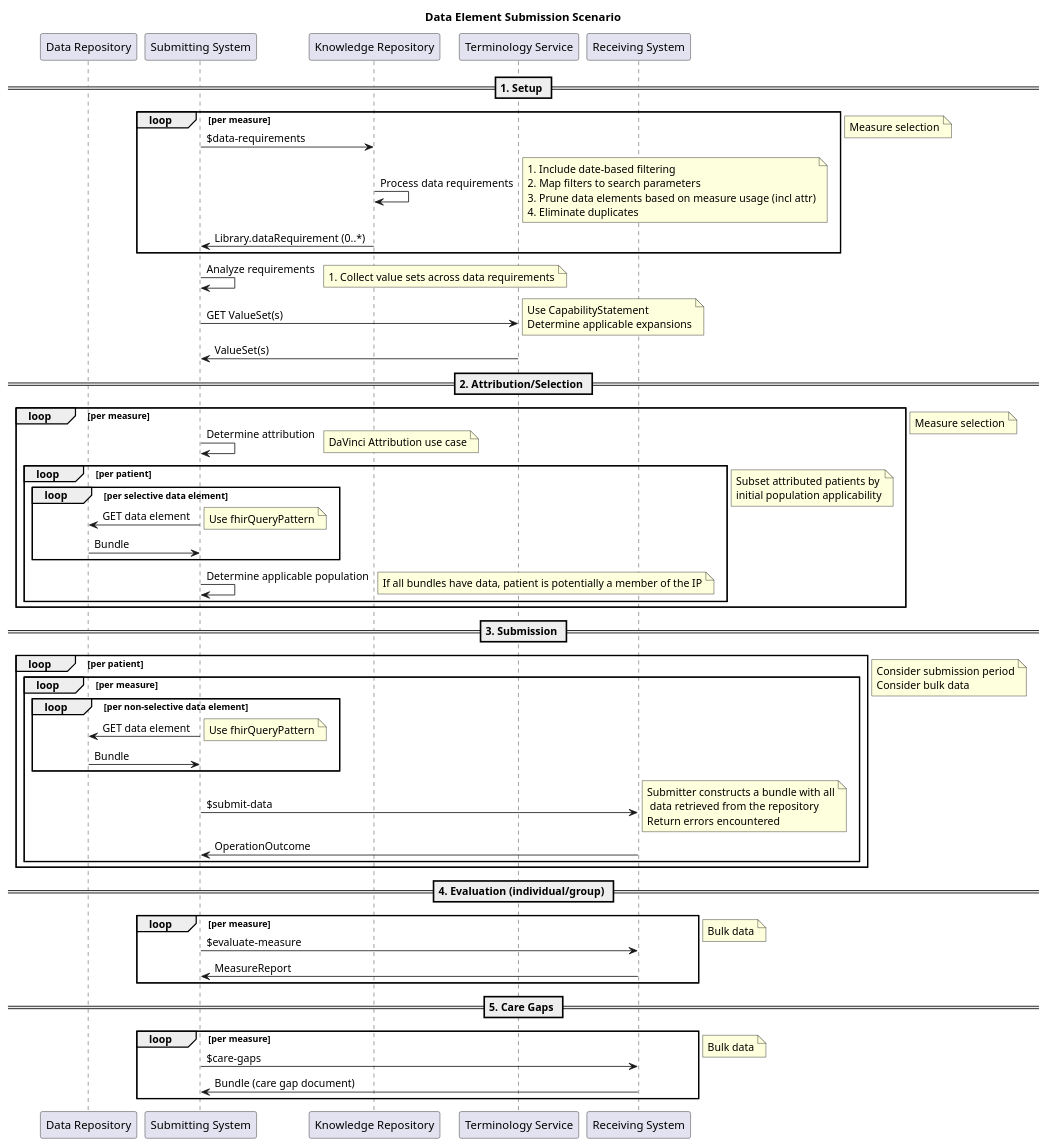
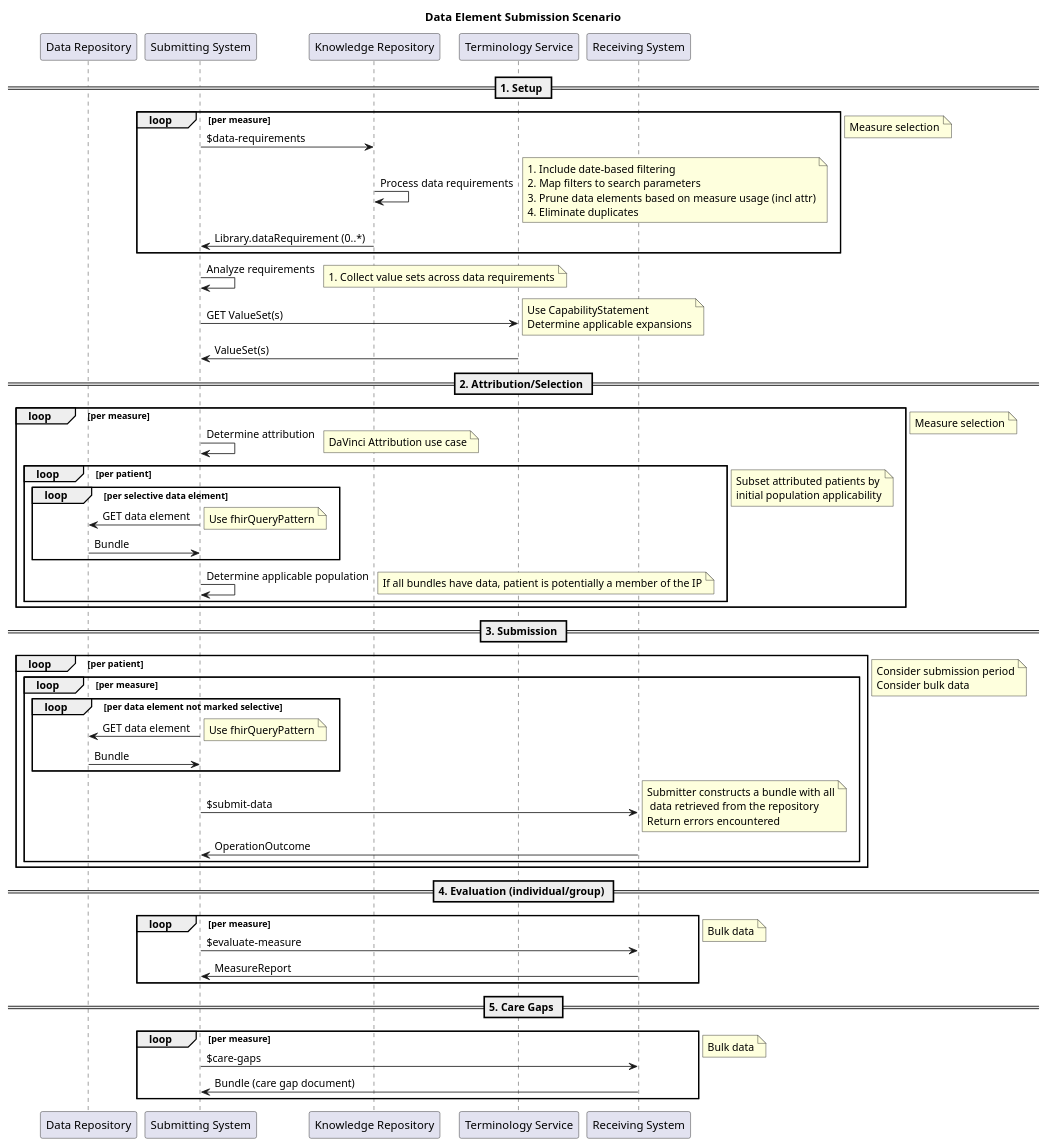
The diagram in archived/diagrams/data-element-submission.puml (HL7/cqf-measures), drawn with PlantUML before and after one commit. The commit also changed 2 other files, not shown here.

```diff
--- a/archived/diagrams/data-element-submission.puml
+++ b/archived/diagrams/data-element-submission.puml
@@ -1,68 +1,68 @@
 @startuml Data_Element_Submission_Scenario
 title Data Element Submission Scenario
 participant "Data Repository" as DR
 participant "Submitting System" as Submitter
 participant "Knowledge Repository" as KR
 participant "Terminology Service" as TS
 participant "Receiving System" as Receiver
 
 == 1. Setup ==
 loop per measure
     Submitter -> KR: $data-requirements
     KR -> KR: Process data requirements
     note right: 1. Include date-based filtering\n2. Map filters to search parameters\n3. Prune data elements based on measure usage (incl attr)\n4. Eliminate duplicates
     KR -> Submitter: Library.dataRequirement (0..*)
 end
 note right: Measure selection
 Submitter -> Submitter: Analyze requirements
 note right: 1. Collect value sets across data requirements
 Submitter -> TS: GET ValueSet(s)
 note right: Use CapabilityStatement\nDetermine applicable expansions
 TS -> Submitter: ValueSet(s)
 
 == 2. Attribution/Selection ==
 loop per measure
     Submitter -> Submitter: Determine attribution
     note right: DaVinci Attribution use case
     loop per patient
         loop per selective data element
             Submitter -> DR: GET data element
             note right: Use fhirQueryPattern
             DR -> Submitter: Bundle
         end
         Submitter -> Submitter: Determine applicable population
         note right: If all bundles have data, patient is potentially a member of the IP
     end
     note right: Subset attributed patients by\ninitial population applicability
 end
 note right: Measure selection
 
 == 3. Submission ==
 loop per patient
     loop per measure
-        loop per non-selective data element
+        loop per data element not marked selective
             Submitter -> DR: GET data element
             note right: Use fhirQueryPattern
             DR -> Submitter: Bundle
         end
         Submitter -> Receiver: $submit-data
         note right: Submitter constructs a bundle with all\n data retrieved from the repository\nReturn errors encountered
         Receiver -> Submitter: OperationOutcome
     end
 end
 note right: Consider submission period\nConsider bulk data
 
 == 4. Evaluation (individual/group) ==
 loop per measure
     Submitter -> Receiver: $evaluate-measure
     Receiver -> Submitter: MeasureReport
 end
 note right: Bulk data
 
 == 5. Care Gaps ==
 loop per measure
     Submitter -> Receiver: $care-gaps
     Receiver -> Submitter: Bundle (care gap document)
 end
 note right: Bulk data
 @enduml
```
